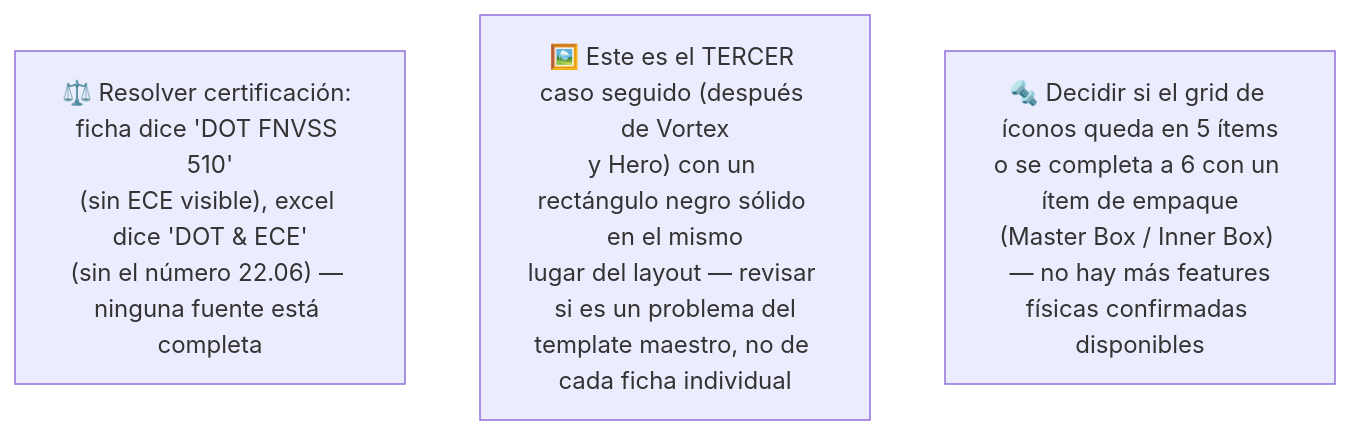
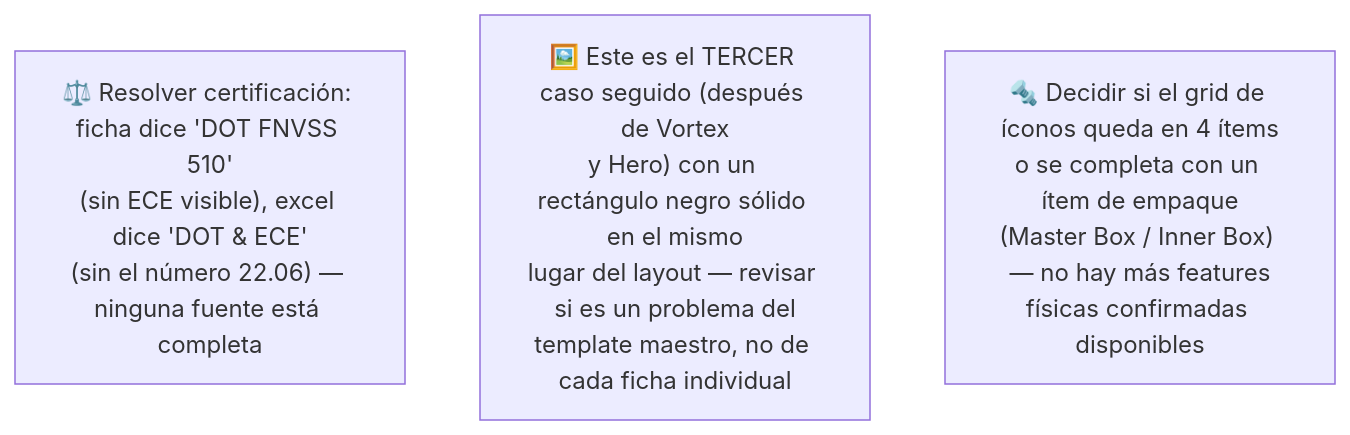
Before and after one commit to juandroeleven-jpg/SAAAS-Marketing: the diagram in proyectos/edge-cascos/documentos/simulaciones-cc/simulacion-13-shanghai-verificacion.md, drawn with Mermaid. The commit also changed other lines of this file and 1 other file, not shown here.

````diff
--- a/proyectos/edge-cascos/documentos/simulaciones-cc/simulacion-13-shanghai-verificacion.md
+++ b/proyectos/edge-cascos/documentos/simulaciones-cc/simulacion-13-shanghai-verificacion.md
@@ -9,6 +9,6 @@
 ```mermaid
 flowchart TD
     T1["⚖️ Resolver certificación: ficha dice 'DOT FNVSS 510'<br/>(sin ECE visible), excel dice 'DOT & ECE'<br/>(sin el número 22.06) — ninguna fuente está completa"]
     T2["🖼️ Este es el TERCER caso seguido (después de Vortex<br/>y Hero) con un rectángulo negro sólido en el mismo<br/>lugar del layout — revisar si es un problema del<br/>template maestro, no de cada ficha individual"]
-    T3["🔩 Decidir si el grid de íconos queda en 5 ítems<br/>o se completa a 6 con un ítem de empaque<br/>(Master Box / Inner Box) — no hay más features<br/>físicas confirmadas disponibles"]
+    T3["🔩 Decidir si el grid de íconos queda en 4 ítems<br/>o se completa con un ítem de empaque<br/>(Master Box / Inner Box) — no hay más features<br/>físicas confirmadas disponibles"]
 ```
````
